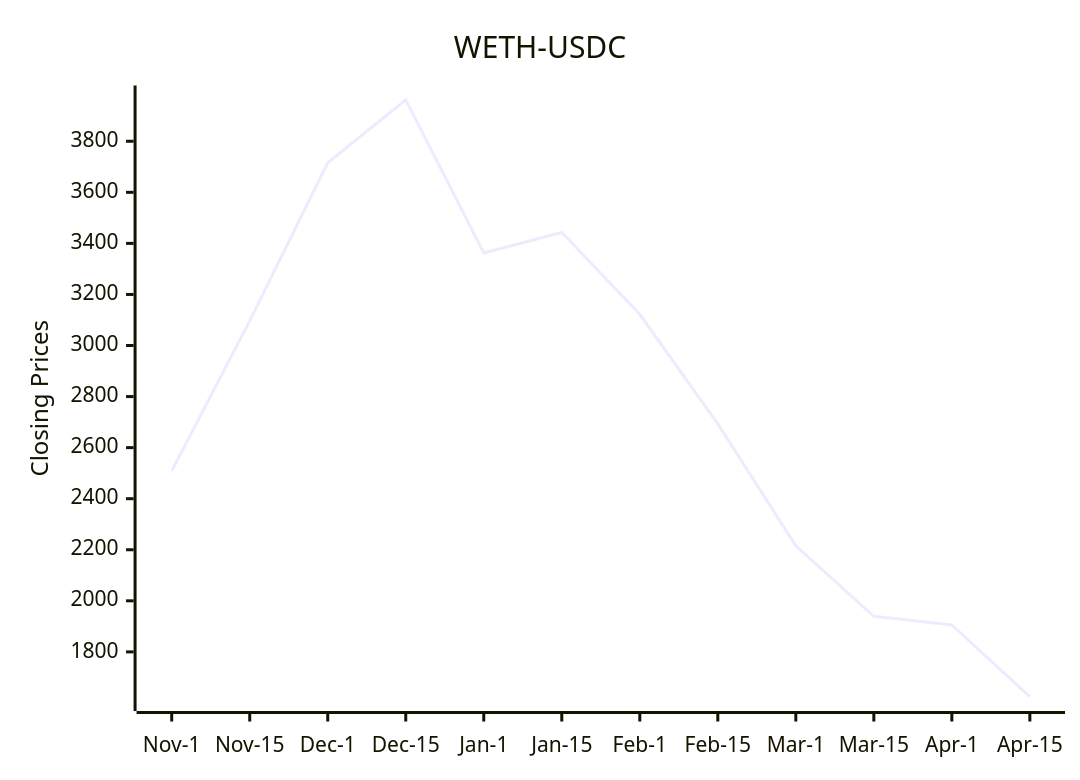
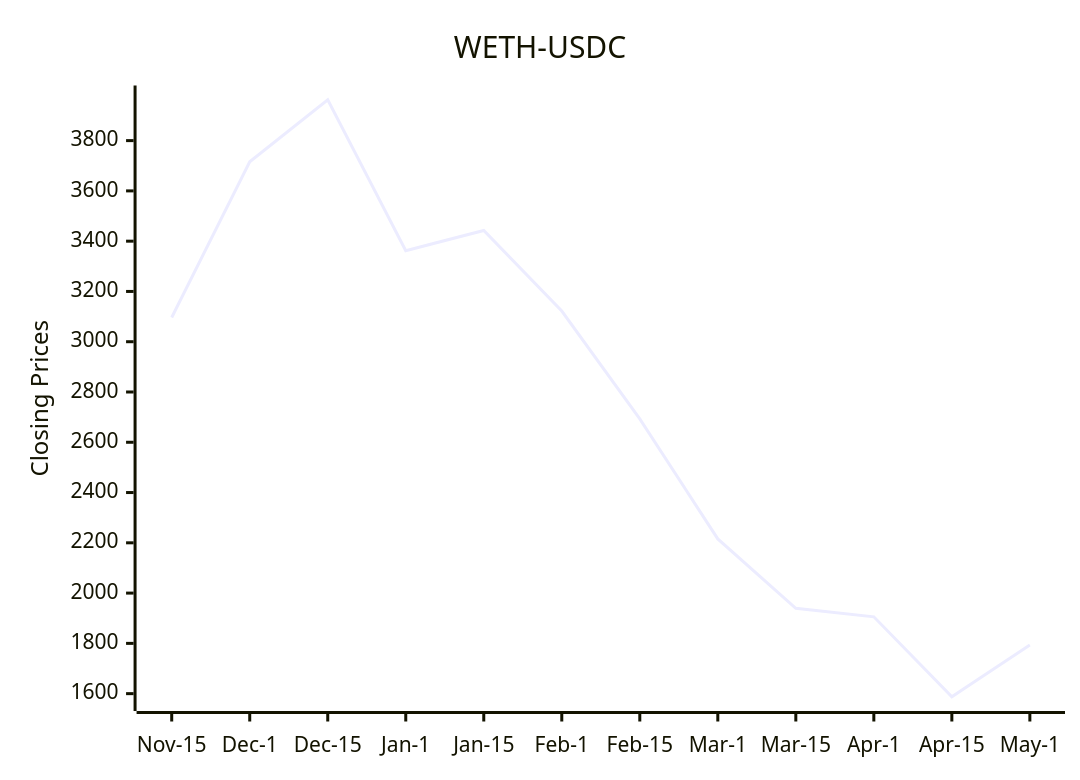
One commit to bicced/ReadmeCryptoPriceChart changed the diagram in README.md. Above: the diagram before and after it, drawn with Mermaid.

Commit message:
Update README with latest DEX data

````diff
--- a/README.md
+++ b/README.md
@@ -6,7 +6,7 @@
 ```mermaid
 xychart-beta
   title "WETH-USDC"
-  x-axis [Nov-1,Nov-15,Dec-1,Dec-15,Jan-1,Jan-15,Feb-1,Feb-15,Mar-1,Mar-15,Apr-1,Apr-15]
-  y-axis "Closing Prices" 1624.3 --> 3962.56899349177
-  line [2508.72962693621,3096.49585789669,3715.59825684283,3962.56899349177,3362.281527969,3442.60666821535,3122.15,2693.01,2215.45,1939.29,1905.62,1624.3]
+  x-axis [Nov-15,Dec-1,Dec-15,Jan-1,Jan-15,Feb-1,Feb-15,Mar-1,Mar-15,Apr-1,Apr-15,May-1]
+  y-axis "Closing Prices" 1587.66 --> 3962.56899349177
+  line [3096.49585789669,3715.59825684283,3962.56899349177,3362.281527969,3442.60666821535,3122.15,2693.01,2215.45,1939.29,1905.62,1587.66,1793.94]
 ```
````
